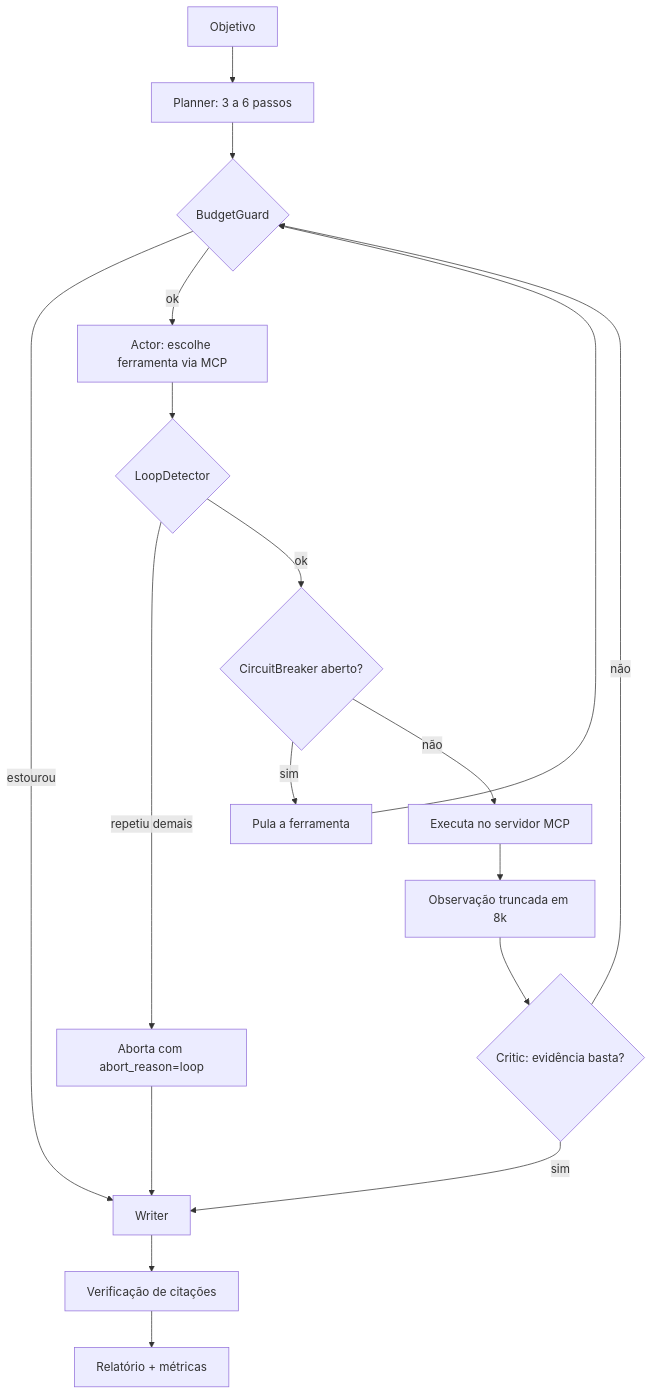
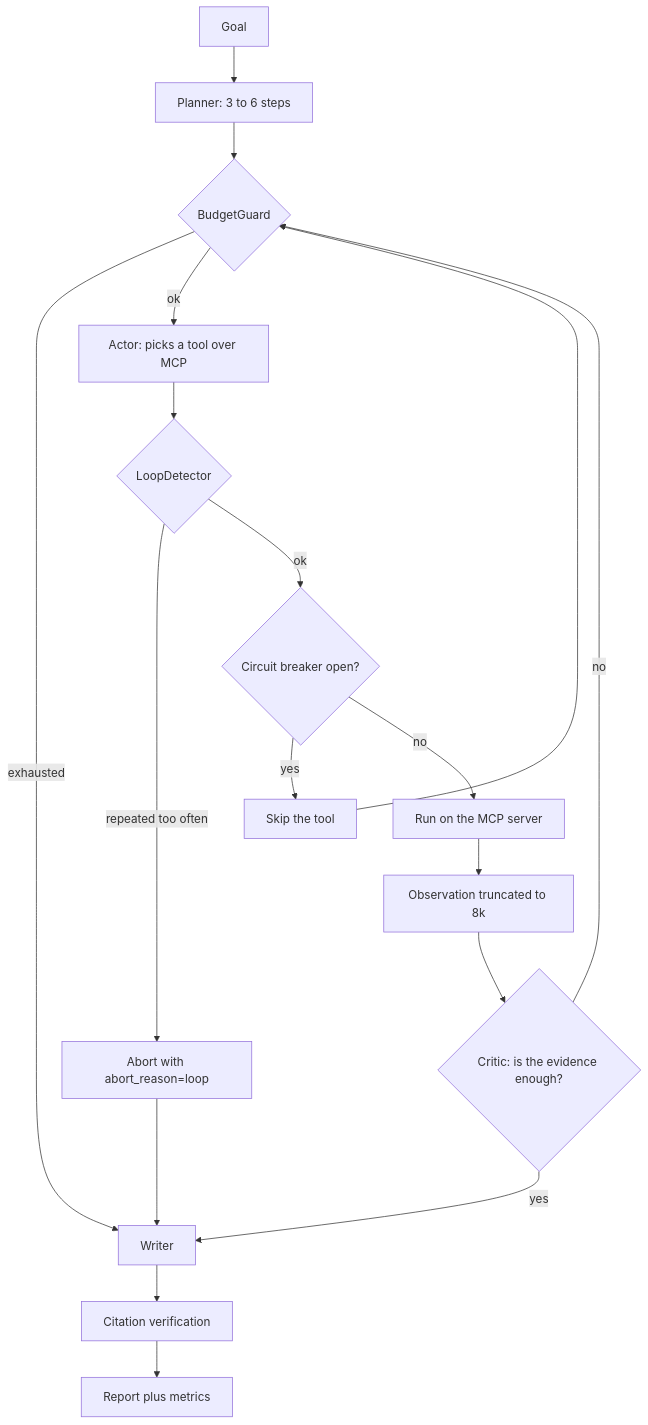
One commit to yahbeaumont/argus changed the diagram in README.md. Above: the diagram before and after it, drawn with Mermaid. The commit also changed other lines of this file and 1 other file, not shown here.

````diff
--- a/README.md
+++ b/README.md
@@ -61,20 +65,20 @@
 ```mermaid
 flowchart TD
-    T[Objetivo] --> P[Planner: 3 a 6 passos]
+    T[Goal] --> P[Planner: 3 to 6 steps]
     P --> G{BudgetGuard}
-    G -- estourou --> W[Writer]
-    G -- ok --> A[Actor: escolhe ferramenta via MCP]
+    G -- exhausted --> W[Writer]
+    G -- ok --> A[Actor: picks a tool over MCP]
     A --> L{LoopDetector}
-    L -- repetiu demais --> X[Aborta com abort_reason=loop]
-    L -- ok --> CB{CircuitBreaker aberto?}
-    CB -- sim --> F[Pula a ferramenta]
-    CB -- não --> E[Executa no servidor MCP]
-    E --> O[Observação truncada em 8k]
-    O --> C{Critic: evidência basta?}
-    C -- não --> G
-    C -- sim --> W
+    L -- repeated too often --> X[Abort with abort_reason=loop]
+    L -- ok --> CB{Circuit breaker open?}
+    CB -- yes --> F[Skip the tool]
+    CB -- no --> E[Run on the MCP server]
+    E --> O[Observation truncated to 8k]
+    O --> C{Critic: is the evidence enough?}
+    C -- no --> G
+    C -- yes --> W
     F --> G
     X --> W
-    W --> V[Verificação de citações]
-    V --> R[Relatório + métricas]
+    W --> V[Citation verification]
+    V --> R[Report plus metrics]
 ```
````
